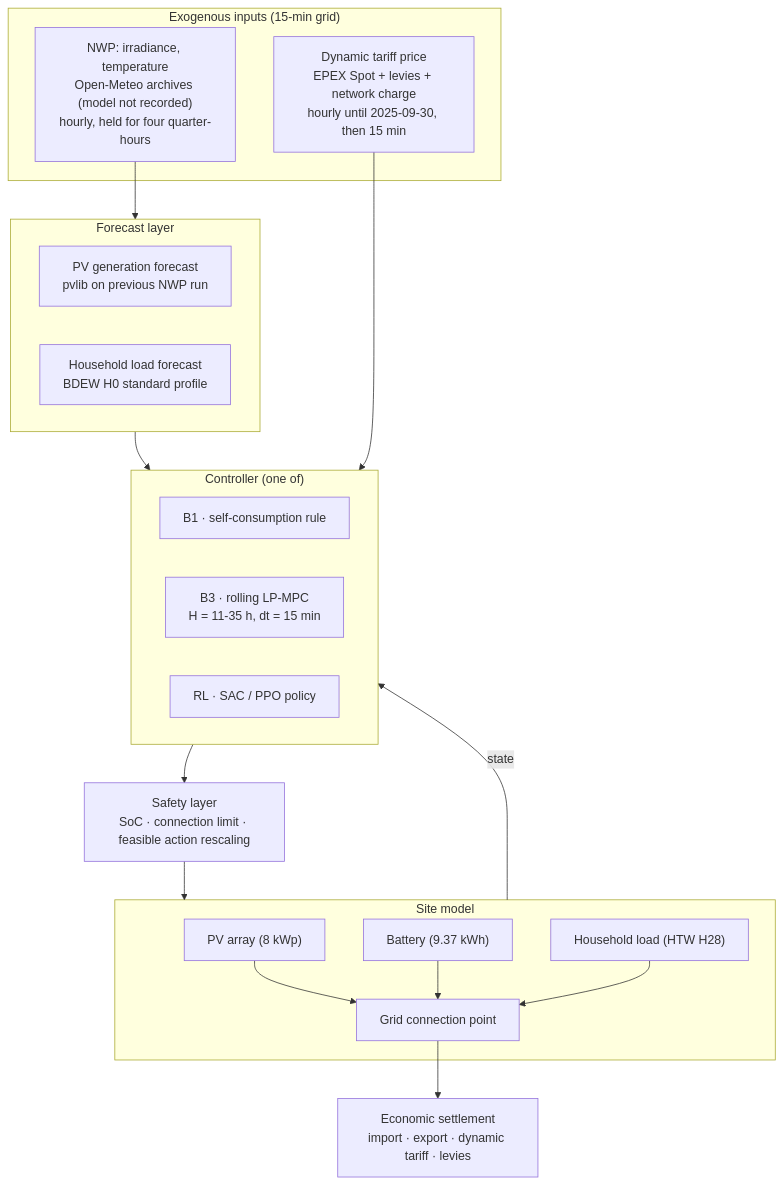
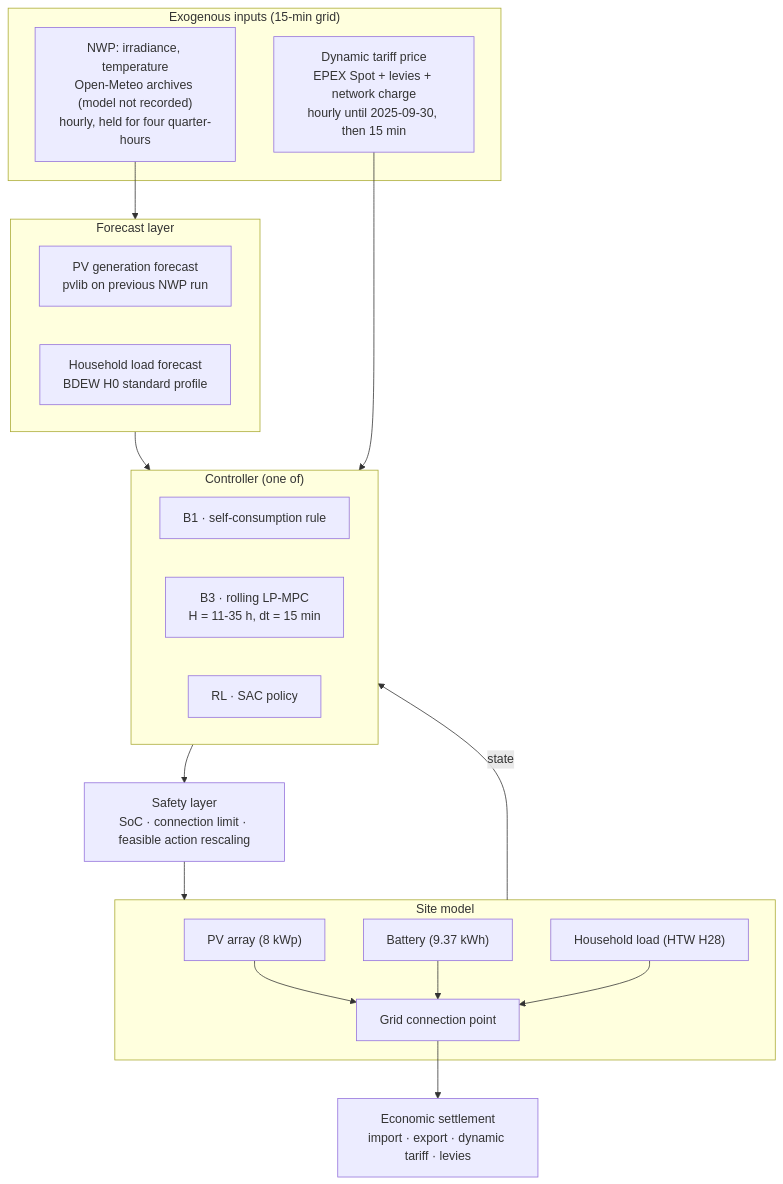
One commit to muratkus01/Portfolio changed the diagram in projects/01-prosumer-pv-bess-mpc-rl/README.md. Above: the diagram before and after it, drawn with Mermaid. The commit also changed other lines of this file, not shown here.

````diff
--- a/projects/01-prosumer-pv-bess-mpc-rl/README.md
+++ b/projects/01-prosumer-pv-bess-mpc-rl/README.md
@@ -477,39 +477,39 @@
 ```mermaid
 flowchart TB
     subgraph EXO["Exogenous inputs (15-min grid)"]
         W["NWP: irradiance, temperature<br/>Open-Meteo archives (model not recorded)<br/>hourly, held for four quarter-hours"]
         PR["Dynamic tariff price<br/>EPEX Spot + levies + network charge<br/>hourly until 2025-09-30, then 15 min"]
     end
 
     subgraph FC["Forecast layer"]
         F1["PV generation forecast<br/>pvlib on previous NWP run"]
         F2["Household load forecast<br/>BDEW H0 standard profile"]
     end
 
     subgraph CTRL["Controller (one of)"]
         B1["B1 · self-consumption rule"]
         B3["B3 · rolling LP-MPC<br/>H = 11-35 h, dt = 15 min"]
-        RL["RL · SAC / PPO policy"]
+        RL["RL · SAC policy"]
     end
 
     SAFE["Safety layer<br/>SoC · connection limit · feasible action rescaling"]
 
     subgraph SITE["Site model"]
         PV["PV array (8 kWp)"]
         BAT["Battery (9.37 kWh)"]
         LOAD["Household load (HTW H28)"]
         GCP["Grid connection point"]
     end
 
     SET["Economic settlement<br/>import · export · dynamic tariff · levies"]
 
     W --> FC
     FC --> CTRL
     PR --> CTRL
     CTRL --> SAFE --> SITE
     PV --> GCP
     BAT --> GCP
     LOAD --> GCP
     GCP --> SET
     SITE -->|state| CTRL
 ```
````
